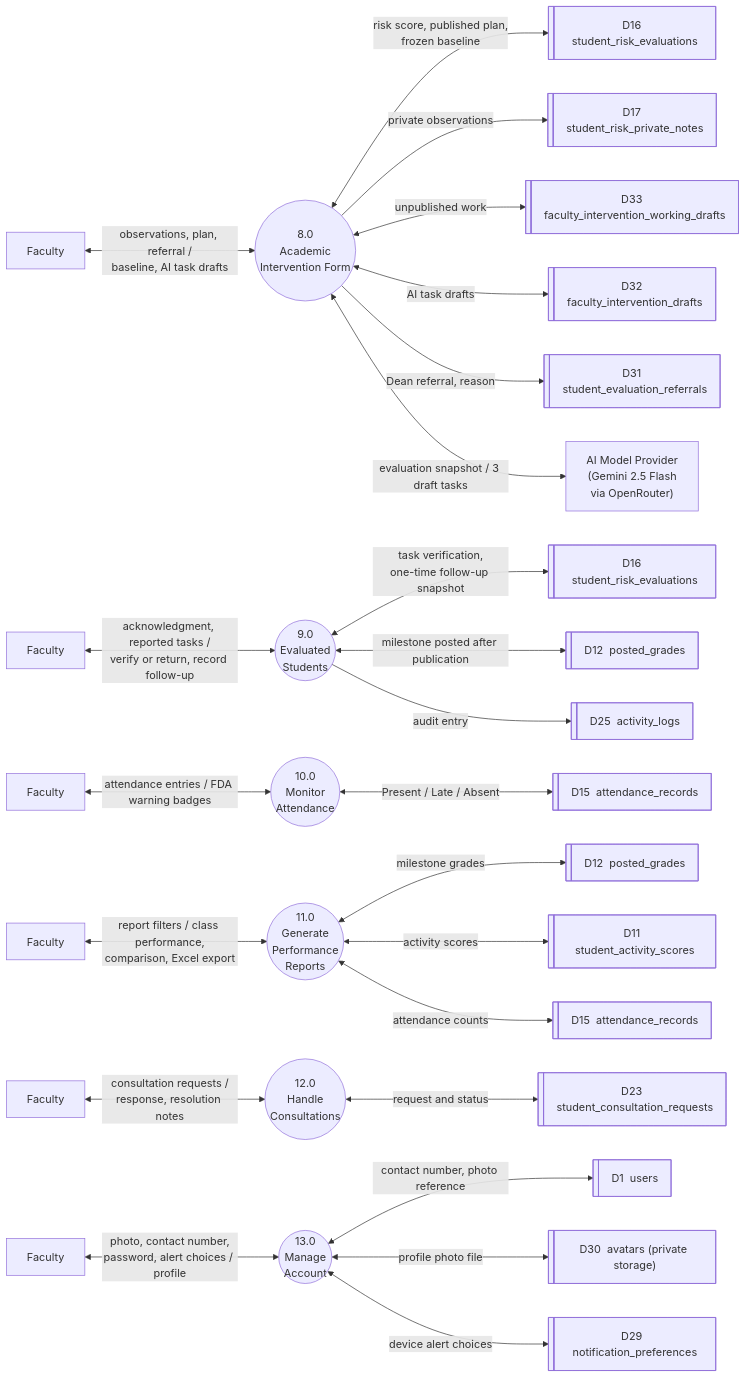
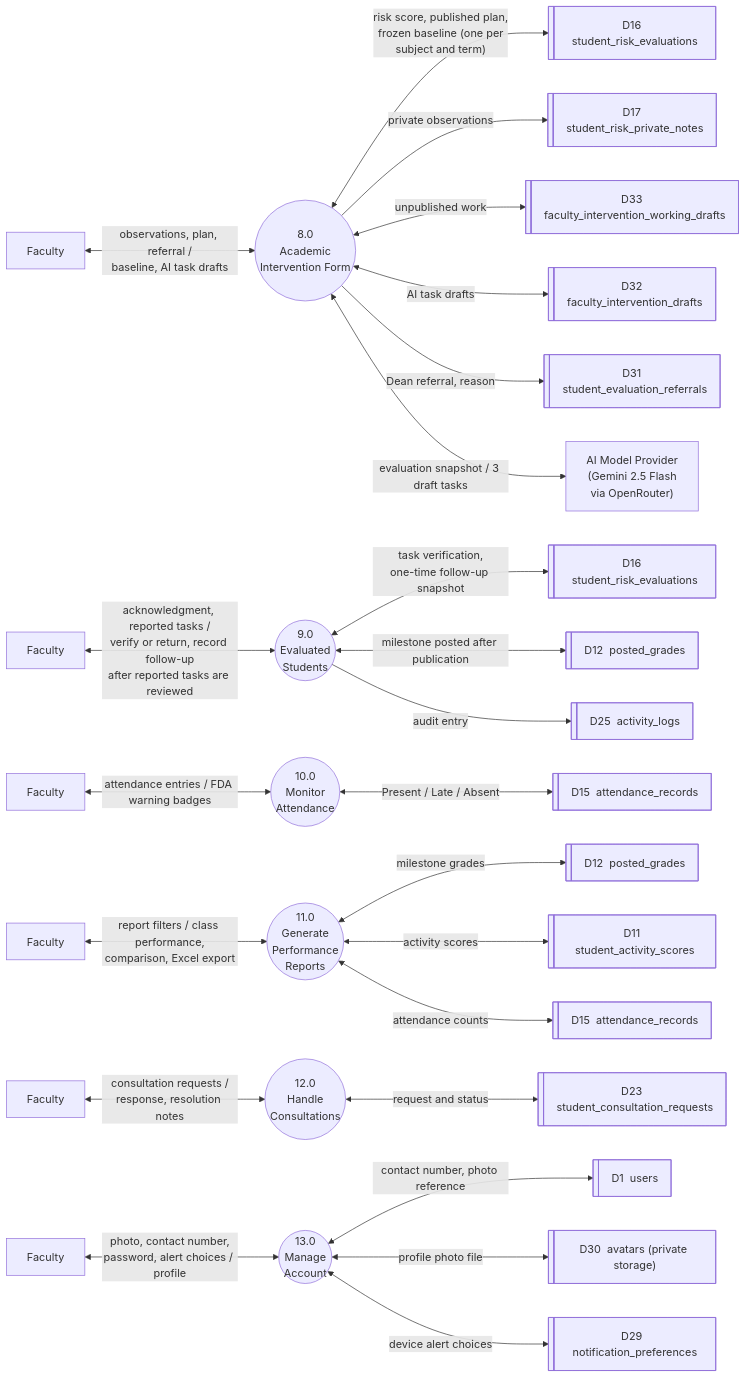
The diagram in docs/02-thesis/figures/Figure-2.9-DFD-Faculty-B.mmd (kurarensu16/sage), drawn with Mermaid before and after one commit. The commit also changed 49 other files, not shown here.

```diff
--- a/docs/02-thesis/figures/Figure-2.9-DFD-Faculty-B.mmd
+++ b/docs/02-thesis/figures/Figure-2.9-DFD-Faculty-B.mmd
@@ -1,38 +1,39 @@
 flowchart LR
 %% ===== Figure 2.9 — Level 1 DFD: Faculty Portal — column B (processes 8.0–13.0), revised 2026-10-10 =====
 %% Two-column layout (see compose_columns.py); adds 11.0 Generate Performance Reports.
+%% Revised 2026-10-10 (evening): one evaluation per subject and term; follow-up after reported tasks are reviewed.
 
   %% ---------- 8.0 ----------
   F8["Faculty"] <-- "observations, plan, referral /<br/>baseline, AI task drafts" --> P8(("8.0<br/>Academic<br/>Intervention Form"))
-  P8 <-- "risk score, published plan,<br/>frozen baseline" --> D16h@{ shape: lin-rect, label: "D16&nbsp; student_risk_evaluations" }
+  P8 <-- "risk score, published plan,<br/>frozen baseline (one per<br/>subject and term)" --> D16h@{ shape: lin-rect, label: "D16&nbsp; student_risk_evaluations" }
   P8 -- "private observations" --> D17h@{ shape: lin-rect, label: "D17&nbsp; student_risk_private_notes" }
   P8 <-- "unpublished work" --> D33h@{ shape: lin-rect, label: "D33&nbsp; faculty_intervention_working_drafts" }
   P8 <-- "AI task drafts" --> D32h@{ shape: lin-rect, label: "D32&nbsp; faculty_intervention_drafts" }
   P8 -- "Dean referral, reason" --> D31h@{ shape: lin-rect, label: "D31&nbsp; student_evaluation_referrals" }
   P8 <-- "evaluation snapshot / 3 draft tasks" --> AIP["AI Model Provider<br/>(Gemini 2.5 Flash<br/>via OpenRouter)"]
 
   %% ---------- 9.0 ----------
-  F9["Faculty"] <-- "acknowledgment, reported tasks /<br/>verify or return, record follow-up" --> P9(("9.0<br/>Evaluated<br/>Students"))
+  F9["Faculty"] <-- "acknowledgment, reported tasks /<br/>verify or return, record follow-up<br/>after reported tasks are reviewed" --> P9(("9.0<br/>Evaluated<br/>Students"))
   P9 <-- "task verification,<br/>one-time follow-up snapshot" --> D16i@{ shape: lin-rect, label: "D16&nbsp; student_risk_evaluations" }
   P9 <-- "milestone posted after publication" --> D12i@{ shape: lin-rect, label: "D12&nbsp; posted_grades" }
   P9 -- "audit entry" --> D25i@{ shape: lin-rect, label: "D25&nbsp; activity_logs" }
 
   %% ---------- 10.0 ----------
   F10["Faculty"] <-- "attendance entries / FDA warning badges" --> P10(("10.0<br/>Monitor<br/>Attendance"))
   P10 <-- "Present / Late / Absent" --> D15j@{ shape: lin-rect, label: "D15&nbsp; attendance_records" }
 
   %% ---------- 11.0 ----------
   F11["Faculty"] <-- "report filters / class performance,<br/>comparison, Excel export" --> P11(("11.0<br/>Generate<br/>Performance<br/>Reports"))
   P11 <-- "milestone grades" --> D12k@{ shape: lin-rect, label: "D12&nbsp; posted_grades" }
   P11 <-- "activity scores" --> D11k@{ shape: lin-rect, label: "D11&nbsp; student_activity_scores" }
   P11 <-- "attendance counts" --> D15k@{ shape: lin-rect, label: "D15&nbsp; attendance_records" }
 
   %% ---------- 12.0 ----------
   F12["Faculty"] <-- "consultation requests /<br/>response, resolution notes" --> P12(("12.0<br/>Handle<br/>Consultations"))
   P12 <-- "request and status" --> D23l@{ shape: lin-rect, label: "D23&nbsp; student_consultation_requests" }
 
   %% ---------- 13.0 ----------
   F13["Faculty"] <-- "photo, contact number,<br/>password, alert choices / profile" --> P13(("13.0<br/>Manage<br/>Account"))
   P13 <-- "contact number, photo reference" --> D1m@{ shape: lin-rect, label: "D1&nbsp; users" }
   P13 <-- "profile photo file" --> D30m@{ shape: lin-rect, label: "D30&nbsp; avatars (private storage)" }
   P13 <-- "device alert choices" --> D29m@{ shape: lin-rect, label: "D29&nbsp; notification_preferences" }
```
